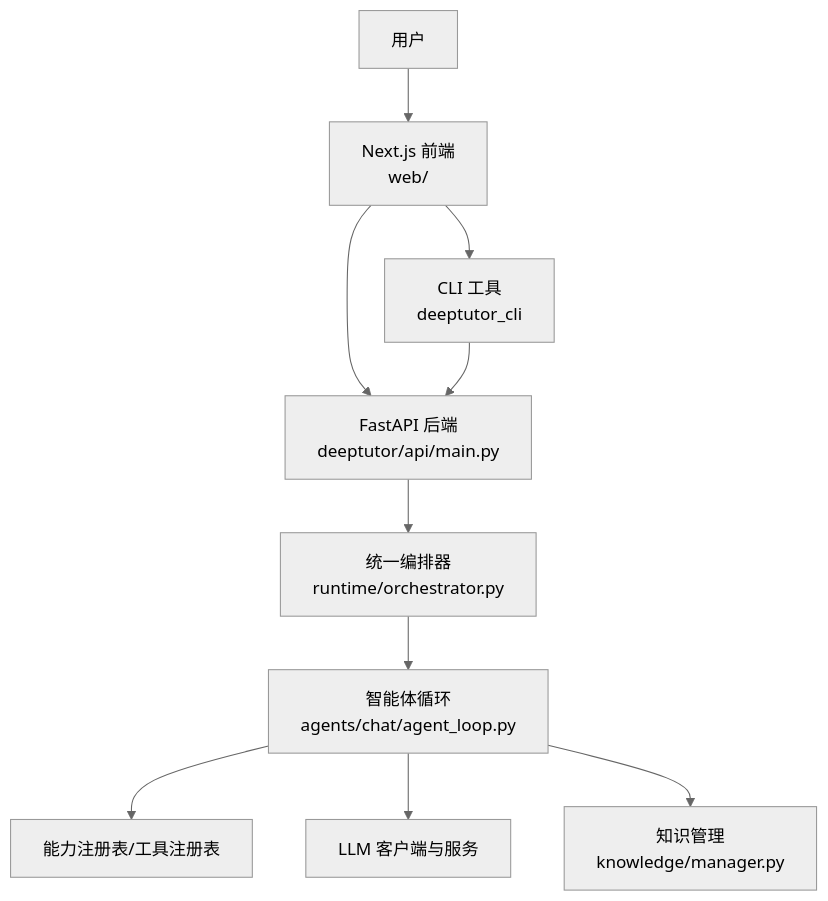
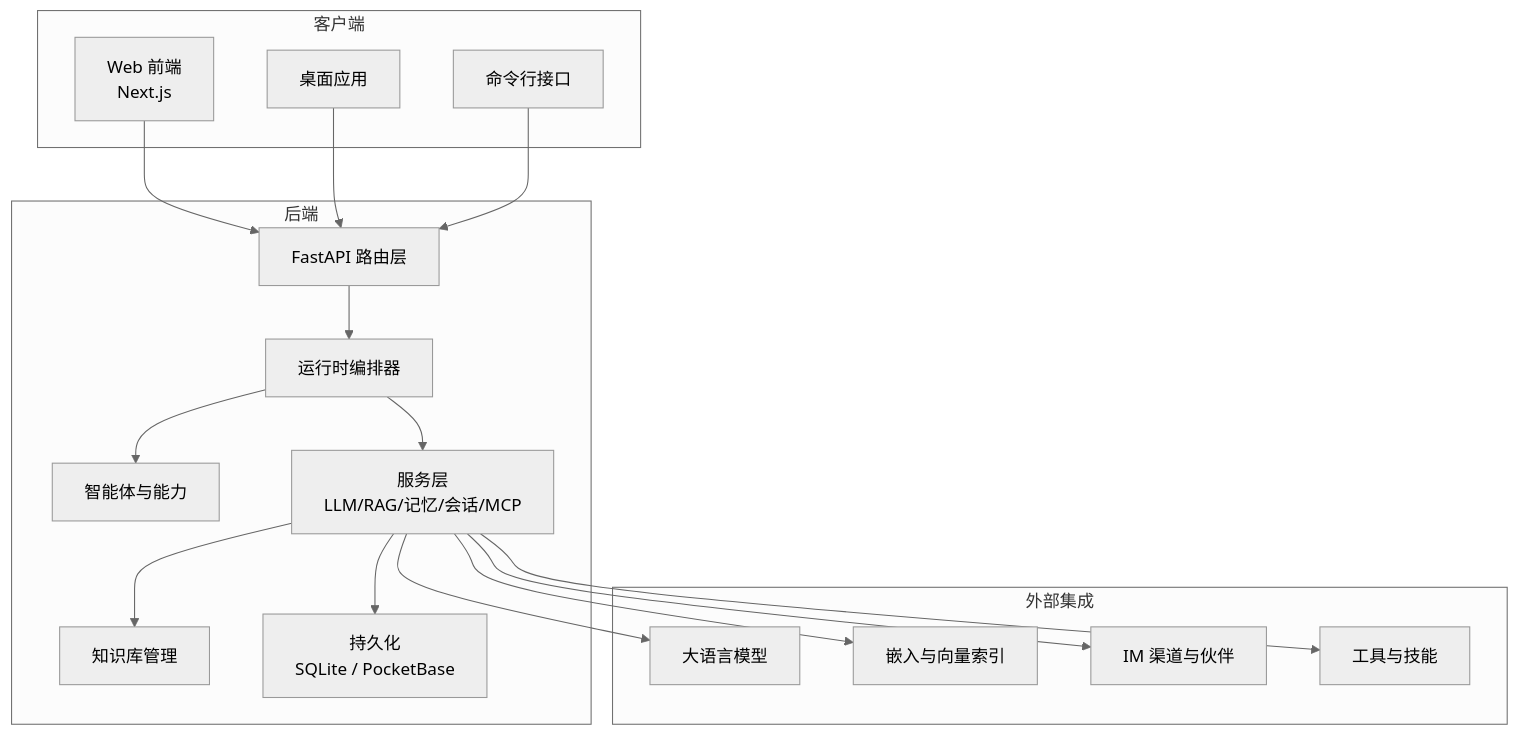
One commit to gongzili456/DeepTutor changed the first of 8 diagrams in .qoder/repowiki/zh/content/项目概述/项目概述.md. Above: the diagram before and after it, drawn with Mermaid (neutral theme). The commit also changed other lines of this file and 1242 other files, not shown here.

````diff
--- a/.qoder/repowiki/zh/content/项目概述/项目概述.md
+++ b/.qoder/repowiki/zh/content/项目概述/项目概述.md
@@ -51,12 +44,34 @@
 ```mermaid
 graph TB
-A["用户"] --> B["Next.js 前端<br/>web/"]
-B --> C["FastAPI 后端<br/>deeptutor/api/main.py"]
-C --> D["统一编排器<br/>runtime/orchestrator.py"]
-D --> E["智能体循环<br/>agents/chat/agent_loop.py"]
-E --> F["能力注册表/工具注册表"]
-E --> G["LLM 客户端与服务"]
-E --> H["知识管理<br/>knowledge/manager.py"]
-B --> I["CLI 工具<br/>deeptutor_cli"]
-I --> C
+subgraph "客户端"
+Web["Web 前端<br/>Next.js"]
+Desktop["桌面应用"]
+CLI["命令行接口"]
+end
+subgraph "后端"
+API["FastAPI 路由层"]
+Runtime["运行时编排器"]
+Agents["智能体与能力"]
+Services["服务层<br/>LLM/RAG/记忆/会话/MCP"]
+Knowledge["知识库管理"]
+Storage["持久化<br/>SQLite / PocketBase"]
+end
+subgraph "外部集成"
+LLM["大语言模型"]
+Embedding["嵌入与向量索引"]
+Partners["IM 渠道与伙伴"]
+Tools["工具与技能"]
+end
+Web --> API
+Desktop --> API
+CLI --> API
+API --> Runtime
+Runtime --> Agents
+Runtime --> Services
+Services --> Knowledge
+Services --> Storage
+Services --> LLM
+Services --> Embedding
+Services --> Partners
+Services --> Tools
 ```
````
